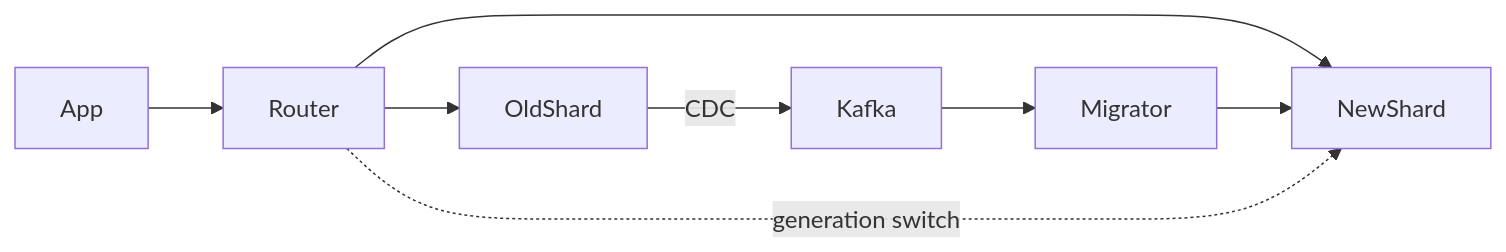
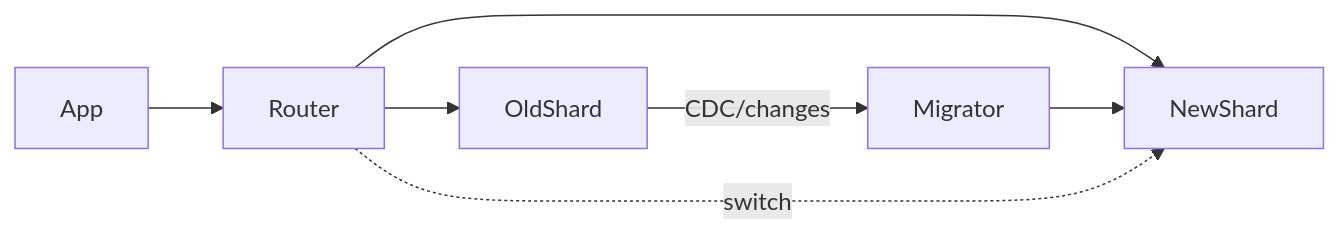
One commit to savinmikhail/advanced-system-design changed the diagram in 01_sharding/04_rebalancing and migrations/readme.md. Above: the diagram before and after it, drawn with Mermaid. The commit also changed other lines of this file, not shown here.

````diff
--- a/01_sharding/04_rebalancing and migrations/readme.md
+++ b/01_sharding/04_rebalancing and migrations/readme.md
@@ -142,11 +176,11 @@
 ```mermaid
 flowchart LR
     App --> Router
     Router --> OldShard
     Router --> NewShard
 
-    OldShard -- CDC --> Kafka --> Migrator
+    OldShard -- CDC/changes --> Migrator
     Migrator --> NewShard
 
-    Router -. generation switch .-> NewShard
+    Router -. switch .-> NewShard
 ```
````
